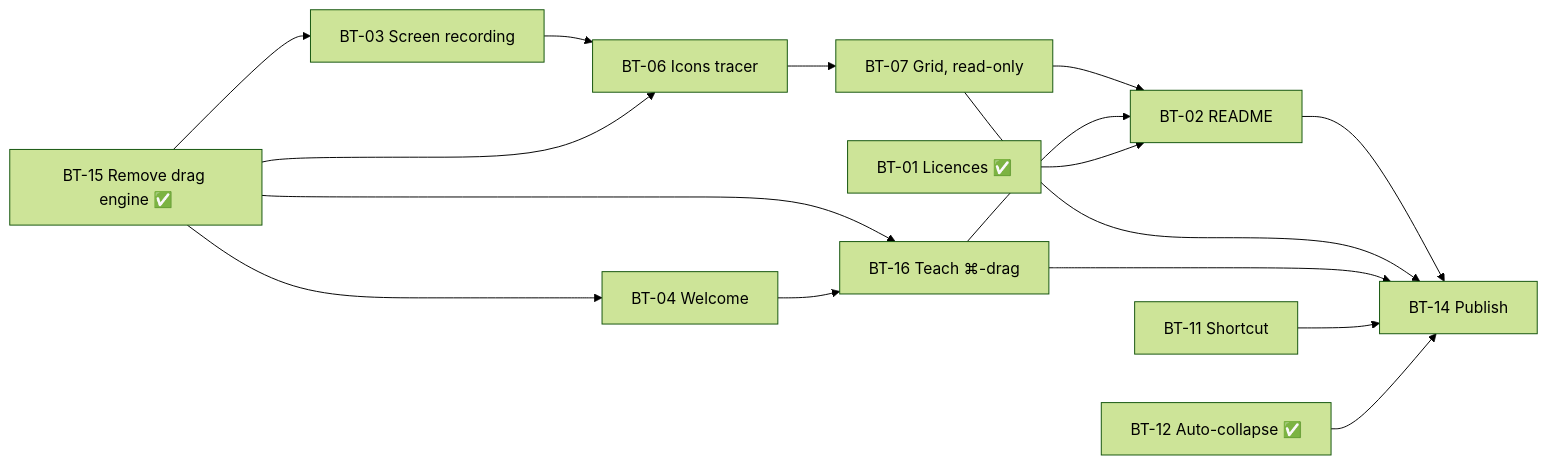
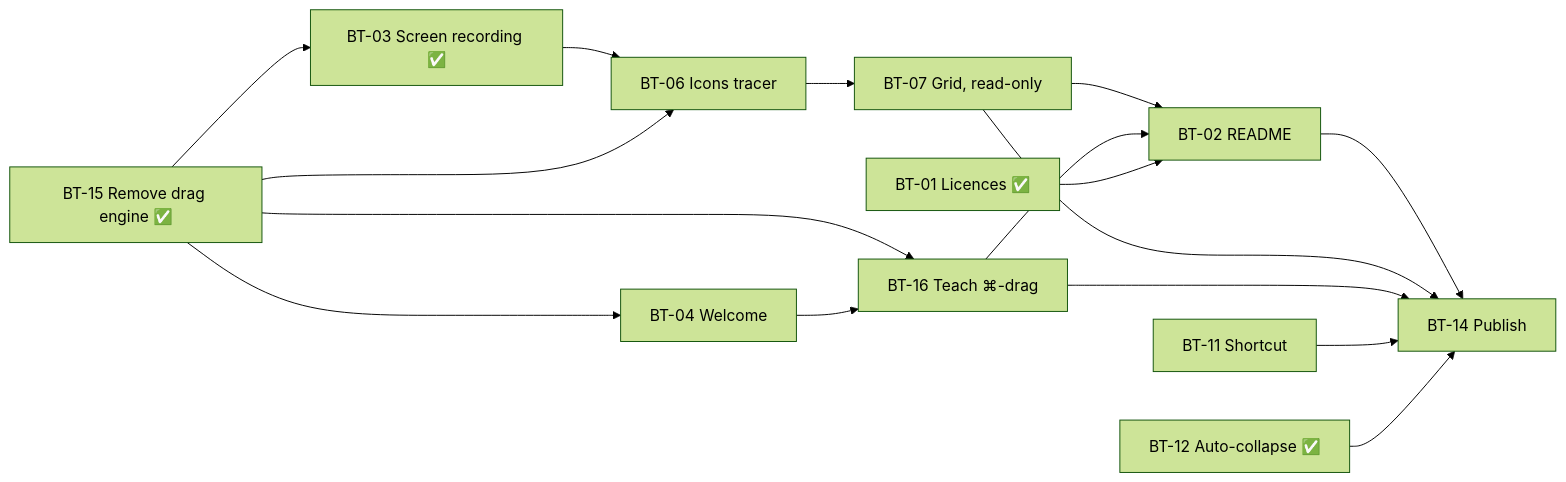
One commit to Kodak2383/BarT changed the diagram in docs/BOARD.md. Above: the diagram before and after it, drawn with Mermaid (forest theme). The commit also changed other lines of this file and 7 other files, not shown here.

````diff
--- a/docs/BOARD.md
+++ b/docs/BOARD.md
@@ -50,19 +50,19 @@
 ```mermaid
 graph LR
-  BT15[BT-15 Remove drag engine ✅] --> BT03[BT-03 Screen recording]
+  BT15[BT-15 Remove drag engine ✅] --> BT03[BT-03 Screen recording ✅]
   BT15 --> BT04[BT-04 Welcome]
   BT15 --> BT16[BT-16 Teach ⌘-drag]
   BT04 --> BT16
   BT03 --> BT06[BT-06 Icons tracer]
   BT15 --> BT06
   BT06 --> BT07[BT-07 Grid, read-only]
   BT07 --> BT02[BT-02 README]
   BT16 --> BT02
   BT11[BT-11 Shortcut]
   BT01[BT-01 Licences ✅] --> BT02
   BT02 --> BT14[BT-14 Publish]
   BT07 --> BT14
   BT16 --> BT14
   BT11 --> BT14
   BT12[BT-12 Auto-collapse ✅] --> BT14
 ```
````
